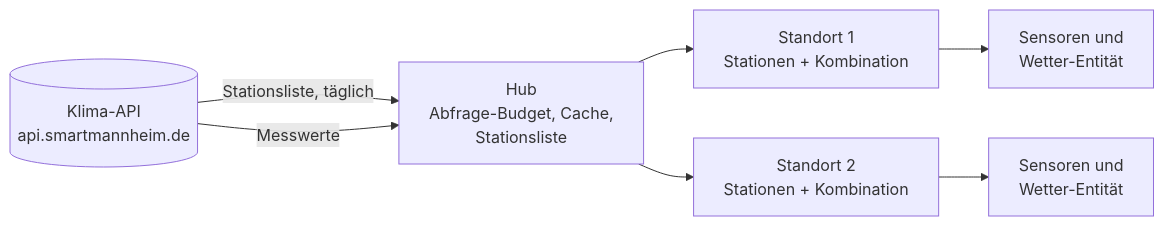
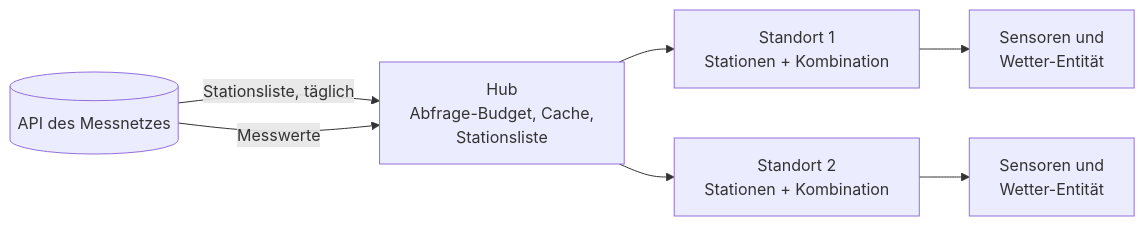
One commit to CodeBrauer/ha-urban-weather changed the diagram in docs/de/index.md. Above: the diagram before and after it, drawn with Mermaid. The commit also changed other lines of this file and 16 other files, not shown here.

````diff
--- a/docs/de/index.md
+++ b/docs/de/index.md
@@ -60,13 +60,13 @@
 ```mermaid
 flowchart LR
-    API[(Klima-API<br>api.smartmannheim.de)]
+    API[(API des Messnetzes)]
     Hub[Hub<br>Abfrage-Budget, Cache,<br>Stationsliste]
     C1[Standort 1<br>Stationen + Kombination]
     C2[Standort 2<br>Stationen + Kombination]
     E1[Sensoren und<br>Wetter-Entität]
     E2[Sensoren und<br>Wetter-Entität]
     API -->|Stationsliste, täglich| Hub
     API -->|Messwerte| Hub
     Hub --> C1 --> E1
     Hub --> C2 --> E2
 ```
````
